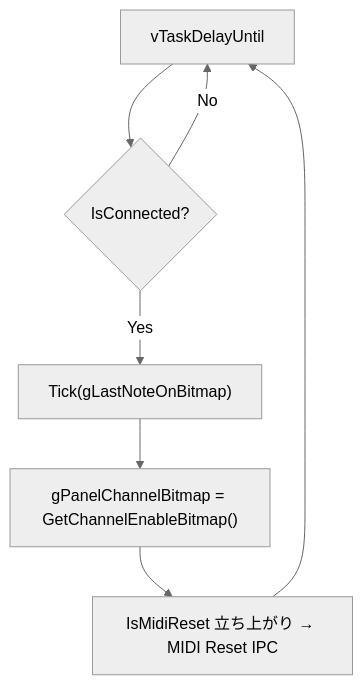
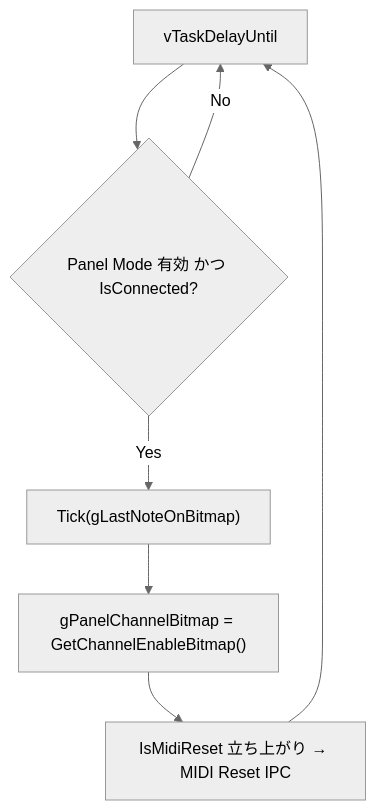
One commit to 46nori/FMSynthEnsembleV3 changed the fifth of 6 diagrams in doc/design_midi_panel.md. Above: the diagram before and after it, drawn with Mermaid (neutral theme). The commit also changed other lines of this file and 42 other files, not shown here.

````diff
--- a/doc/design_midi_panel.md
+++ b/doc/design_midi_panel.md
@@ -317,9 +317,9 @@
 ```mermaid
 flowchart TD
-    A[vTaskDelayUntil] --> B{IsConnected?}
+    A[vTaskDelayUntil] --> B{Panel Mode 有効 かつ IsConnected?}
     B -- No --> A
     B -- Yes --> C["Tick(gLastNoteOnBitmap)"]
     C --> D["gPanelChannelBitmap = GetChannelEnableBitmap()"]
     D --> E["IsMidiReset 立ち上がり → MIDI Reset IPC"]
     E --> A
 ```
````
